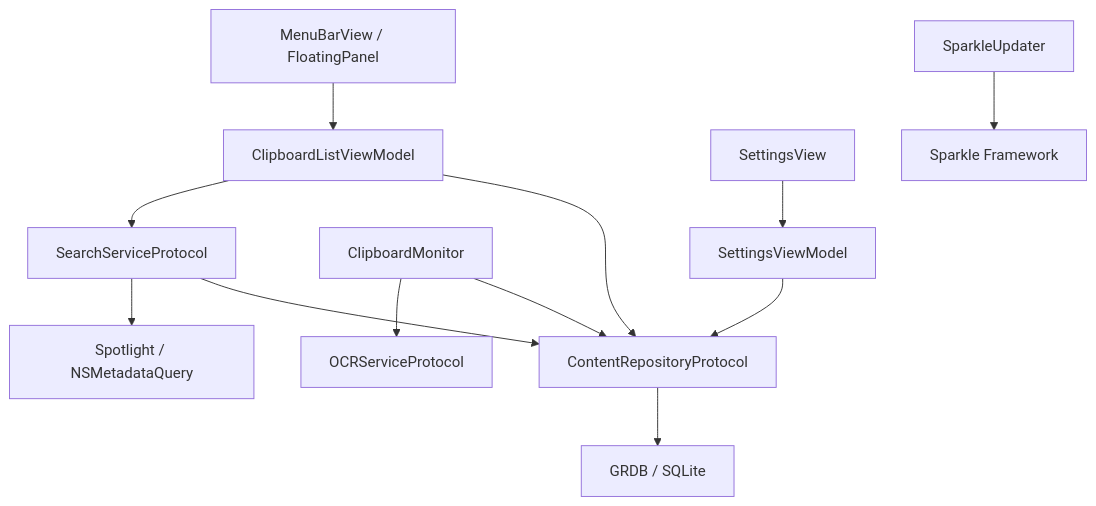
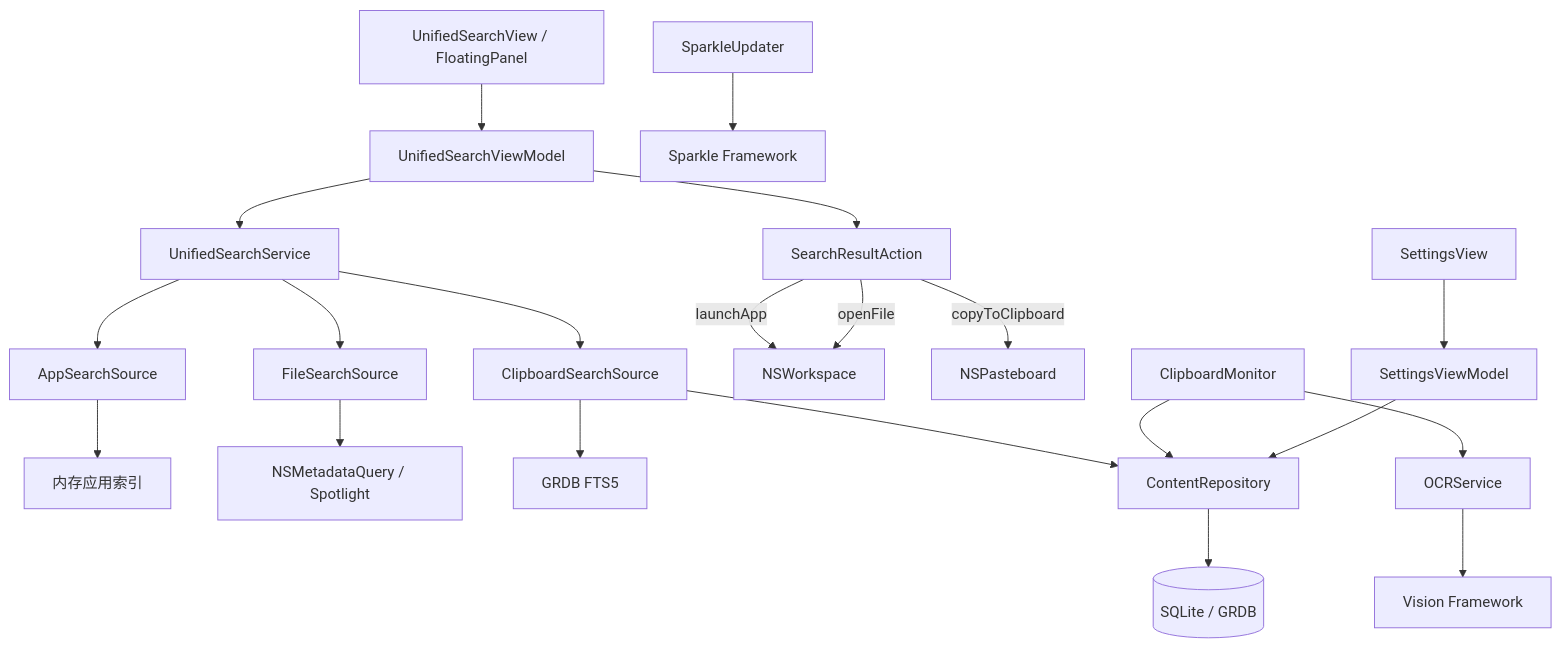
The diagram in doc/architecture_api.md (freeabyss/assistant), drawn with Mermaid before and after one commit. The commit also changed other lines of this file and 2 other files, not shown here.

Commit message:
docs: update architecture for unified search (app search, file search, clipboard history)

````diff
--- a/doc/architecture_api.md
+++ b/doc/architecture_api.md
@@ -270,14 +402,23 @@
 ```mermaid
 graph TD
-    A[MenuBarView / FloatingPanel] --> B[ClipboardListViewModel]
-    B --> C[ContentRepositoryProtocol]
-    B --> D[SearchServiceProtocol]
-    E[ClipboardMonitor] --> C
-    E --> F[OCRServiceProtocol]
-    D --> C
-    D --> G[Spotlight / NSMetadataQuery]
-    C --> H[GRDB / SQLite]
+    A[UnifiedSearchView / FloatingPanel] --> US[UnifiedSearchViewModel]
+    US --> USS[UnifiedSearchService]
+    USS --> AS[AppSearchSource]
+    USS --> FS[FileSearchSource]
+    USS --> CS[ClipboardSearchSource]
+    AS --> IDX[内存应用索引]
+    FS --> MQ[NSMetadataQuery / Spotlight]
+    CS --> FTS[GRDB FTS5]
+    CS --> REPO[ContentRepository]
+    US --> ACT[SearchResultAction]
+    ACT -->|launchApp| WS[NSWorkspace]
+    ACT -->|openFile| WS
+    ACT -->|copyToClipboard| PB[NSPasteboard]
+    E[ClipboardMonitor] --> REPO
+    E --> OCR[OCRService]
+    OCR --> VN[Vision Framework]
+    REPO --> DB[(SQLite / GRDB)]
     I[SettingsView] --> J[SettingsViewModel]
-    J --> C
+    J --> REPO
     K[SparkleUpdater] --> L[Sparkle Framework]
 ```
````
